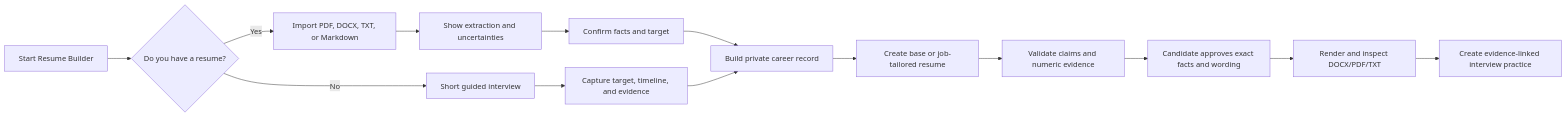
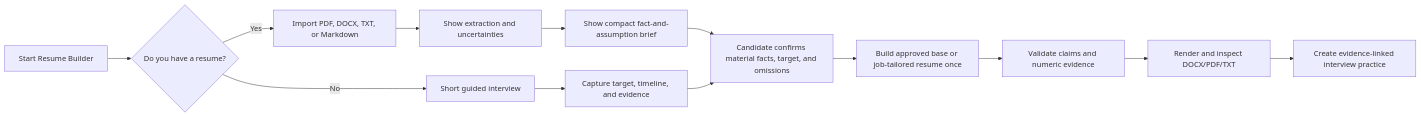
Before and after one commit to uzerkayat2004-gif/no1-resume-builder-skill: the diagram in README.md, drawn with Mermaid. The commit also changed other lines of this file and 13 other files, not shown here.

First line of the commit message:
feat(workflow): Confirm facts before rendering (#8)

````diff
--- a/README.md
+++ b/README.md
@@ -59,16 +59,15 @@
 ```mermaid
 flowchart LR
     A["Start Resume Builder"] --> B{"Do you have a resume?"}
     B -->|"Yes"| C["Import PDF, DOCX, TXT, or Markdown"]
     C --> D["Show extraction and uncertainties"]
-    D --> E["Confirm facts and target"]
+    D --> E["Show compact fact-and-assumption brief"]
     B -->|"No"| F["Short guided interview"]
     F --> G["Capture target, timeline, and evidence"]
-    E --> H["Build private career record"]
+    E --> H["Candidate confirms material facts, target, and omissions"]
     G --> H
-    H --> I["Create base or job-tailored resume"]
+    H --> I["Build approved base or job-tailored resume once"]
     I --> J["Validate claims and numeric evidence"]
-    J --> K["Candidate approves exact facts and wording"]
-    K --> M["Render and inspect DOCX/PDF/TXT"]
+    J --> M["Render and inspect DOCX/PDF/TXT"]
     M --> L["Create evidence-linked interview practice"]
 ```
````
